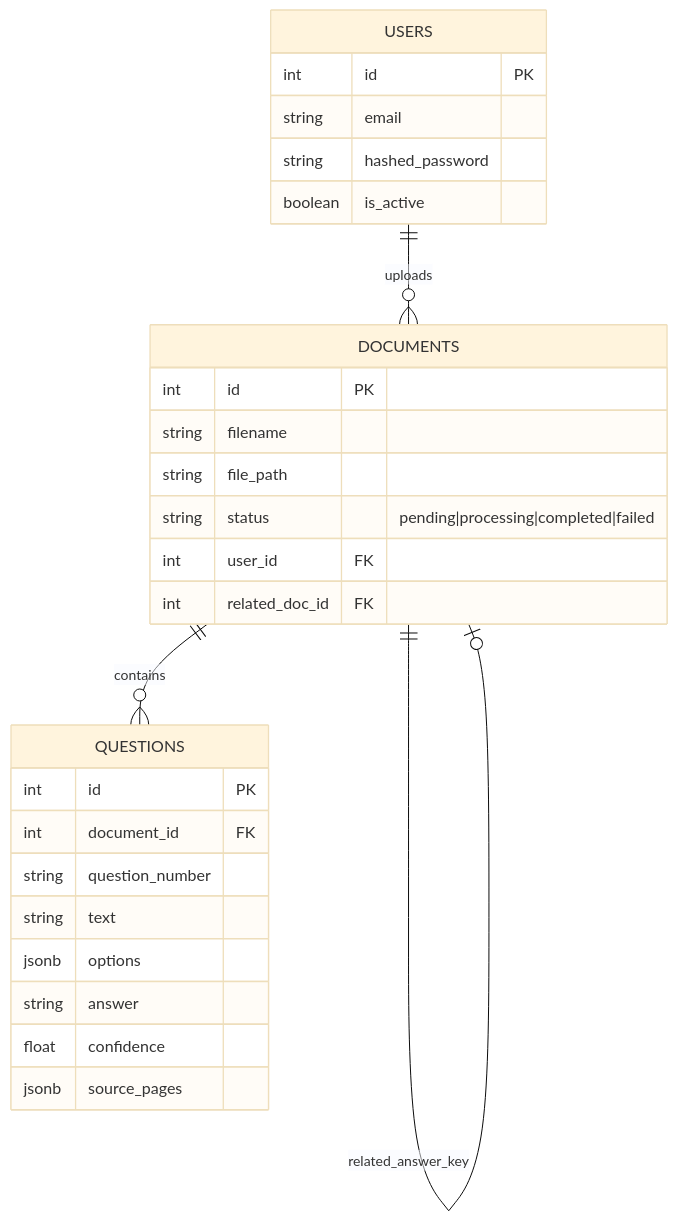
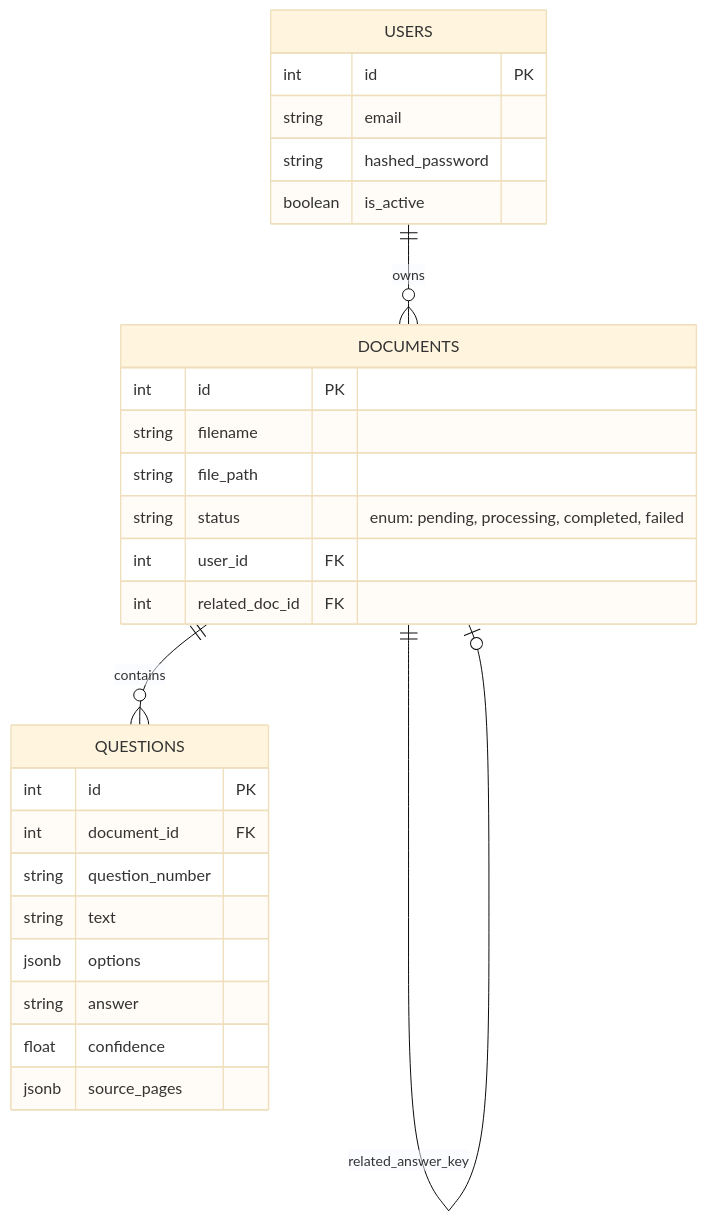
The second of 2 diagrams in README.md (ruthwik-thotapelli/document-intelligence-question-extraction-service), drawn with Mermaid (base theme) before and after one commit. The commit also changed other lines of this file, not shown here.

````diff
--- a/README.md
+++ b/README.md
@@ -71,31 +80,31 @@
 ```mermaid
 erDiagram
-    USERS ||--o{ DOCUMENTS : "uploads"
+    USERS ||--o{ DOCUMENTS : "owns"
     DOCUMENTS ||--o{ QUESTIONS : "contains"
     DOCUMENTS ||--o| DOCUMENTS : "related_answer_key"
 
     USERS {
         int id PK
         string email
         string hashed_password
         boolean is_active
     }
     DOCUMENTS {
         int id PK
         string filename
         string file_path
-        string status "pending|processing|completed|failed"
+        string status "enum: pending, processing, completed, failed"
         int user_id FK
         int related_doc_id FK
     }
     QUESTIONS {
         int id PK
         int document_id FK
         string question_number
         string text
         jsonb options
         string answer
         float confidence
         jsonb source_pages
     }
 ```
````
